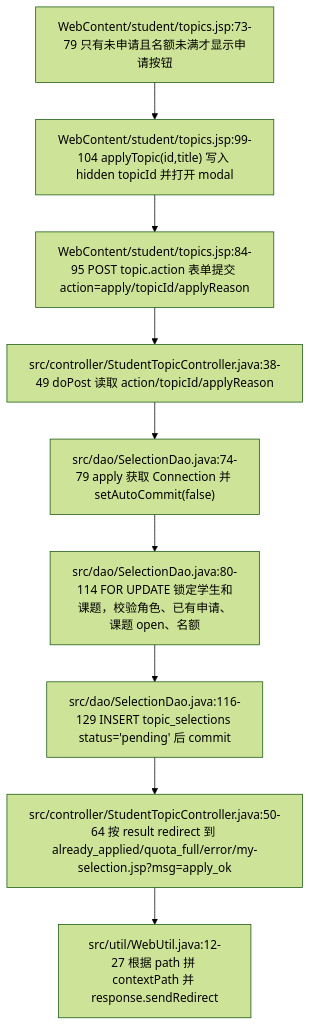
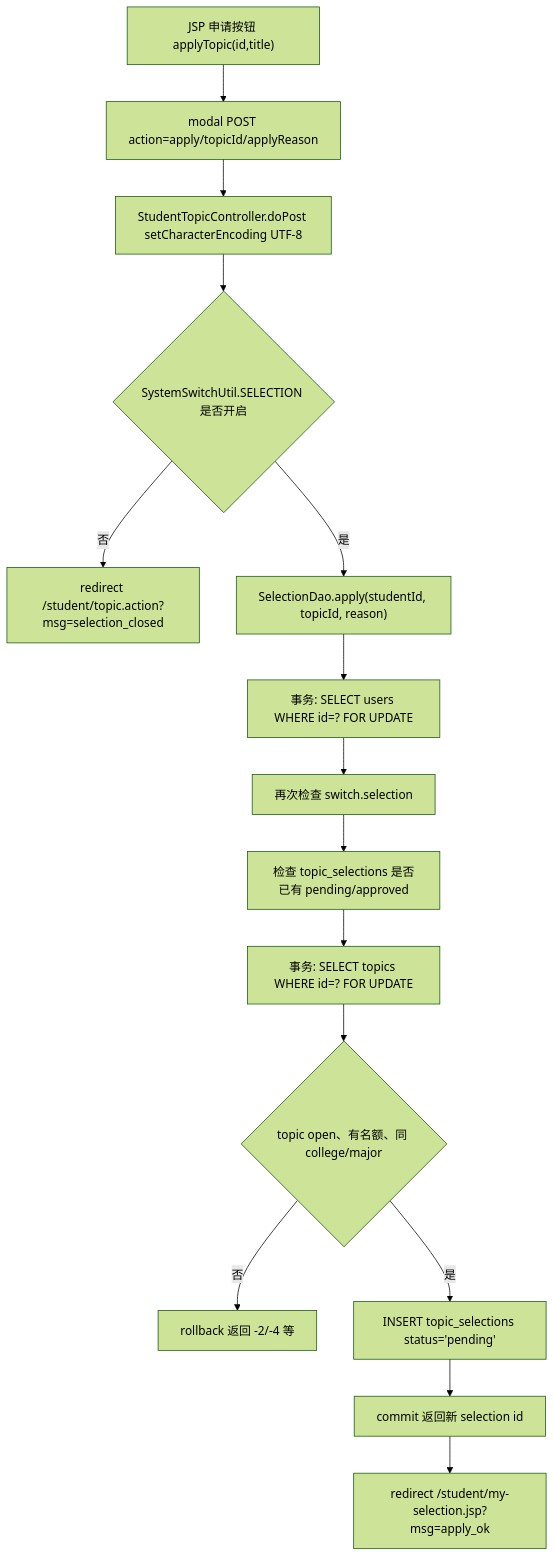
The second of 6 diagrams in docs/网络数据流详解/parts/02-topic-selection.md (guangxiangdebizi/graduation-design-management-system), drawn with Mermaid (forest theme) before and after one commit. The commit also changed other lines of this file and 8 other files, not shown here.

First line of the commit message:
refactor project documentation and enhance network data flow details

````diff
--- a/docs/网络数据流详解/parts/02-topic-selection.md
+++ b/docs/网络数据流详解/parts/02-topic-selection.md
@@ -108,11 +111,17 @@
 ```mermaid
 flowchart TD
-    A["WebContent/student/topics.jsp:73-79 只有未申请且名额未满才显示申请按钮"] --> B["WebContent/student/topics.jsp:99-104 applyTopic(id,title) 写入 hidden topicId 并打开 modal"]
-    B --> C["WebContent/student/topics.jsp:84-95 POST topic.action 表单提交 action=apply/topicId/applyReason"]
-    C --> D["src/controller/StudentTopicController.java:38-49 doPost 读取 action/topicId/applyReason"]
-    D --> E["src/dao/SelectionDao.java:74-79 apply 获取 Connection 并 setAutoCommit(false)"]
-    E --> F["src/dao/SelectionDao.java:80-114 FOR UPDATE 锁定学生和课题，校验角色、已有申请、课题 open、名额"]
-    F --> G["src/dao/SelectionDao.java:116-129 INSERT topic_selections status='pending' 后 commit"]
-    G --> H["src/controller/StudentTopicController.java:50-64 按 result redirect 到 already_applied/quota_full/error/my-selection.jsp?msg=apply_ok"]
-    H --> I["src/util/WebUtil.java:12-27 根据 path 拼 contextPath 并 response.sendRedirect"]
+    A["JSP 申请按钮 applyTopic(id,title)"] --> B["modal POST action=apply/topicId/applyReason"]
+    B --> C["StudentTopicController.doPost setCharacterEncoding UTF-8"]
+    C --> D{"SystemSwitchUtil.SELECTION 是否开启"}
+    D -- 否 --> E["redirect /student/topic.action?msg=selection_closed"]
+    D -- 是 --> F["SelectionDao.apply(studentId, topicId, reason)"]
+    F --> G["事务: SELECT users WHERE id=? FOR UPDATE"]
+    G --> H["再次检查 switch.selection"]
+    H --> I["检查 topic_selections 是否已有 pending/approved"]
+    I --> J["事务: SELECT topics WHERE id=? FOR UPDATE"]
+    J --> K{"topic open、有名额、同 college/major"}
+    K -- 否 --> L["rollback 返回 -2/-4 等"]
+    K -- 是 --> M["INSERT topic_selections status='pending'"]
+    M --> N["commit 返回新 selection id"]
+    N --> O["redirect /student/my-selection.jsp?msg=apply_ok"]
 ```
````
